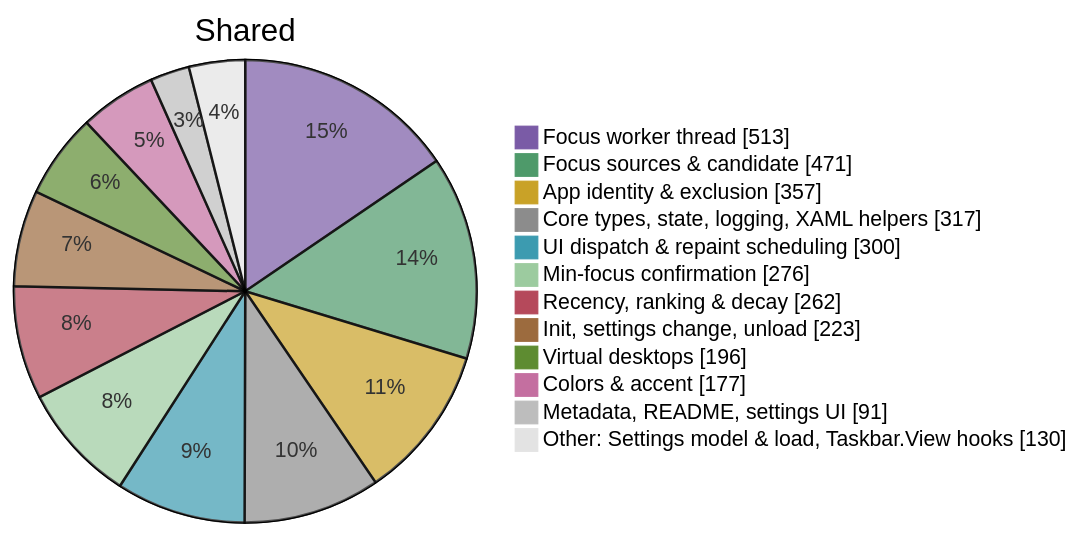
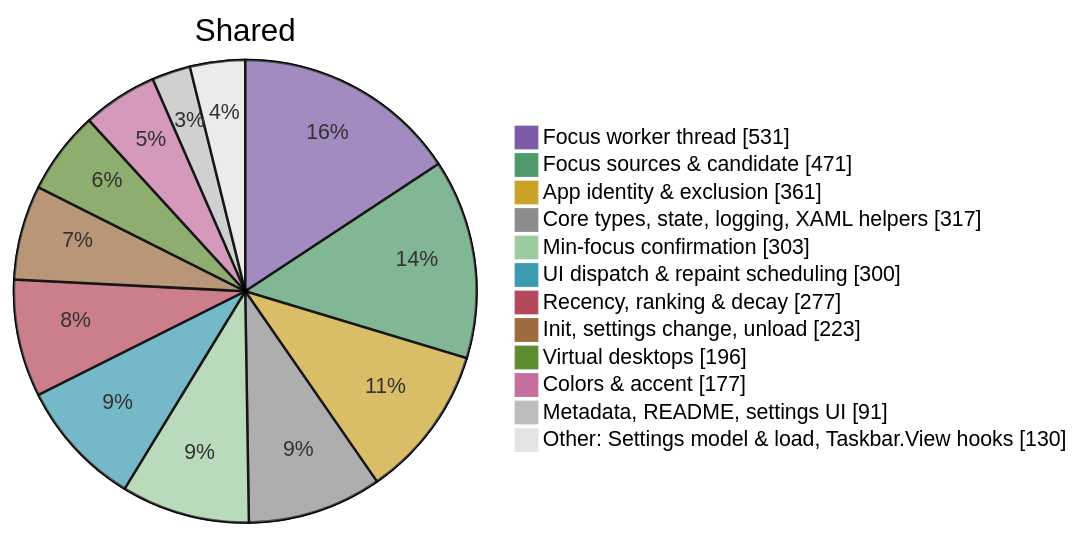
The fourth of 5 diagrams in doc/code/code-breakdown.md (jvlasek/taskbar-recent-focus-highlight), drawn with Mermaid before and after one commit. The commit also changed other lines of this file and 13 other files, not shown here.

````diff
--- a/doc/code/code-breakdown.md
+++ b/doc/code/code-breakdown.md
@@ -134,16 +134,16 @@
 ```mermaid
-%%{init: {"themeVariables": {"pie1": "#7A5BA6", "pie2": "#4E9A6A", "pie3": "#C9A227", "pie4": "#8C8C8C", "pie5": "#3C9BB0", "pie6": "#9CCB9F", "pie7": "#B5495B", "pie8": "#9C6B3E", "pie9": "#5E8C31", "pie10": "#C46FA0", "pie11": "#BDBDBD", "pie12": "#E3E3E3", "pieOuterStrokeWidth": "1px"}}}%%
+%%{init: {"themeVariables": {"pie1": "#7A5BA6", "pie2": "#4E9A6A", "pie3": "#C9A227", "pie4": "#8C8C8C", "pie5": "#9CCB9F", "pie6": "#3C9BB0", "pie7": "#B5495B", "pie8": "#9C6B3E", "pie9": "#5E8C31", "pie10": "#C46FA0", "pie11": "#BDBDBD", "pie12": "#E3E3E3", "pieOuterStrokeWidth": "1px"}}}%%
 pie showData title Shared
-    "Focus worker thread" : 513
+    "Focus worker thread" : 531
     "Focus sources & candidate" : 471
-    "App identity & exclusion" : 357
+    "App identity & exclusion" : 361
     "Core types, state, logging, XAML helpers" : 317
+    "Min-focus confirmation" : 303
     "UI dispatch & repaint scheduling" : 300
-    "Min-focus confirmation" : 276
-    "Recency, ranking & decay" : 262
+    "Recency, ranking & decay" : 277
     "Init, settings change, unload" : 223
     "Virtual desktops" : 196
     "Colors & accent" : 177
     "Metadata, README, settings UI" : 91
     "Other: Settings model & load, Taskbar.View hooks" : 130
 ```
````
